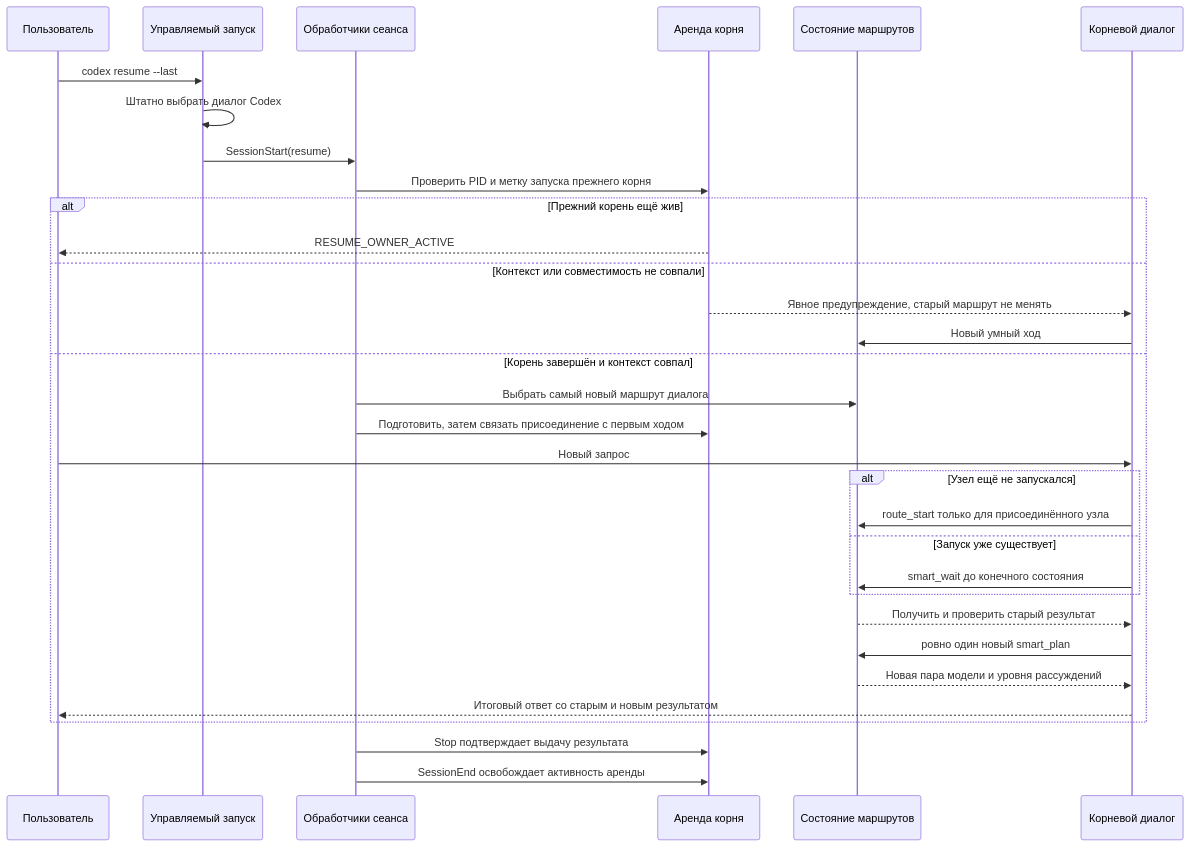
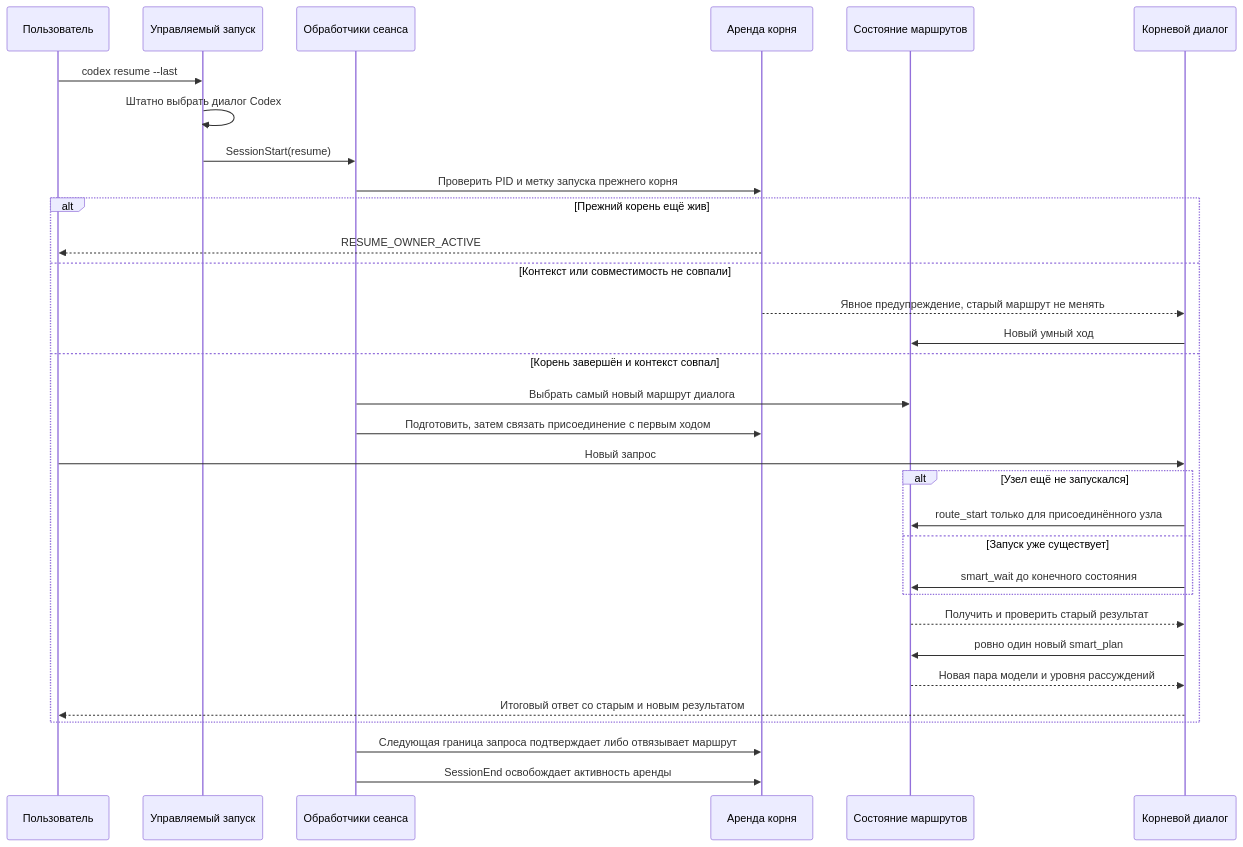
One commit to RussianLioN/codex-settings changed the third of 7 diagrams in docs/analysis/adaptive-subagents-v2-flow.md. Above: the diagram before and after it, drawn with Mermaid. The commit also changed other lines of this file and 4 other files, not shown here.

````diff
--- a/docs/analysis/adaptive-subagents-v2-flow.md
+++ b/docs/analysis/adaptive-subagents-v2-flow.md
@@ -151,35 +192,35 @@
 ```mermaid
 sequenceDiagram
     participant U as Пользователь
     participant W as Управляемый запуск
     participant H as Обработчики сеанса
     participant L as Аренда корня
     participant D as Состояние маршрутов
     participant R as Корневой диалог
 
     U->>W: codex resume --last
     W->>W: Штатно выбрать диалог Codex
     W->>H: SessionStart(resume)
     H->>L: Проверить PID и метку запуска прежнего корня
     alt Прежний корень ещё жив
         L-->>U: RESUME_OWNER_ACTIVE
     else Контекст или совместимость не совпали
         L-->>R: Явное предупреждение, старый маршрут не менять
         R->>D: Новый умный ход
     else Корень завершён и контекст совпал
         H->>D: Выбрать самый новый маршрут диалога
         H->>L: Подготовить, затем связать присоединение с первым ходом
         U->>R: Новый запрос
         alt Узел ещё не запускался
             R->>D: route_start только для присоединённого узла
         else Запуск уже существует
             R->>D: smart_wait до конечного состояния
         end
         D-->>R: Получить и проверить старый результат
         R->>D: ровно один новый smart_plan
         D-->>R: Новая пара модели и уровня рассуждений
         R-->>U: Итоговый ответ со старым и новым результатом
     end
-    H->>L: Stop подтверждает выдачу результата
+    H->>L: Следующая граница запроса подтверждает либо отвязывает маршрут
     H->>L: SessionEnd освобождает активность аренды
 ```
````
